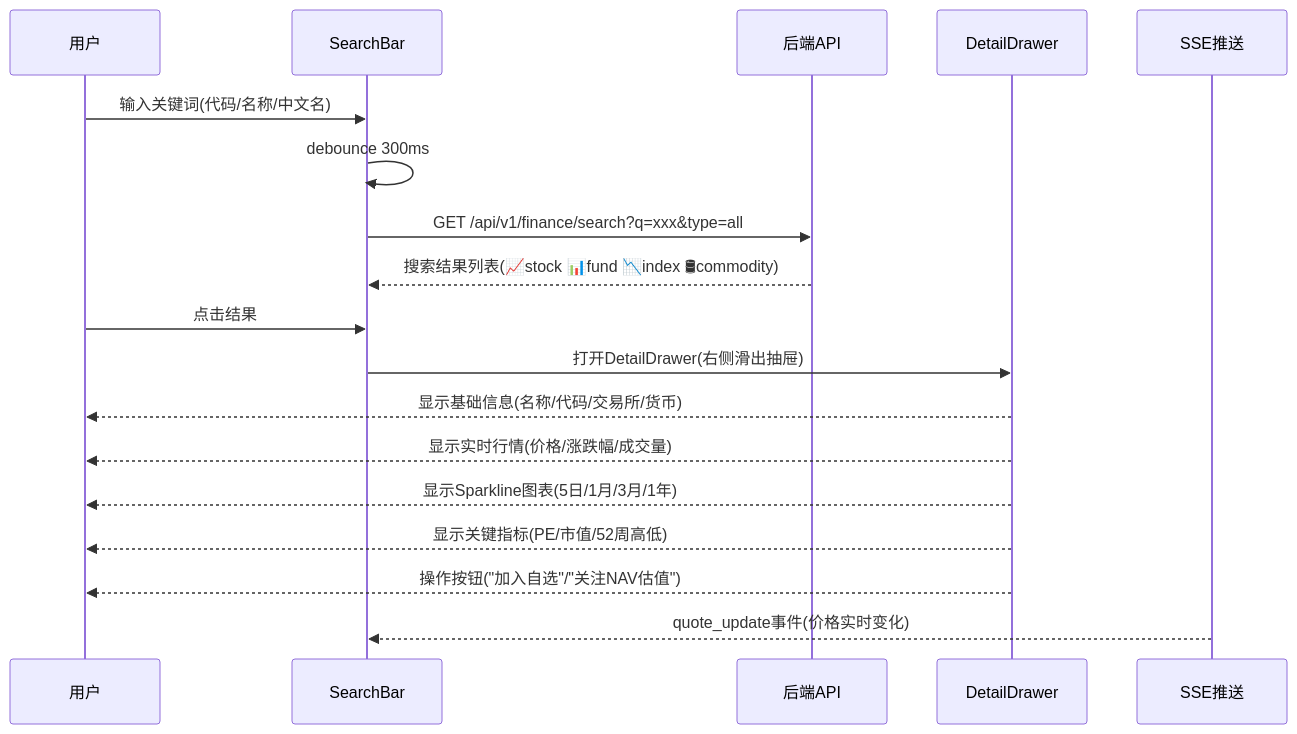
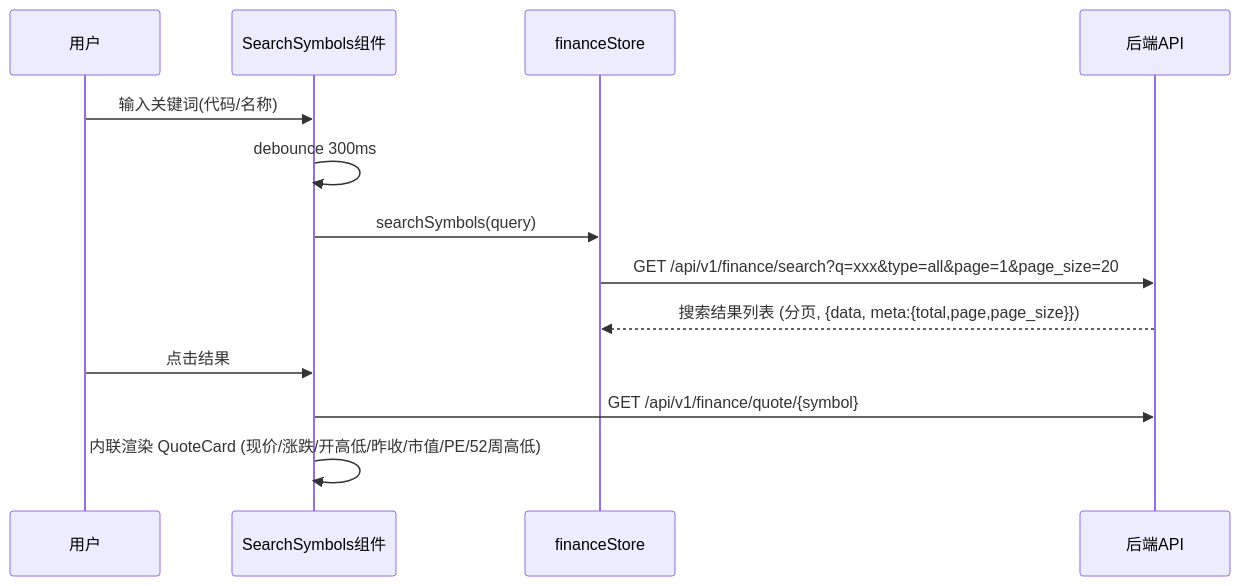
The first of 6 diagrams in docs/design/finance-tab.md (onceme/instantboard), drawn with Mermaid before and after one commit. The commit also changed other lines of this file and 14 other files, not shown here.

````diff
--- a/docs/design/finance-tab.md
+++ b/docs/design/finance-tab.md
@@ -24,21 +24,16 @@
 ```mermaid
 sequenceDiagram
     participant U as 用户
-    participant SB as SearchBar
+    participant SB as SearchSymbols组件
+    participant ST as financeStore
     participant API as 后端API
-    participant DR as DetailDrawer
-    participant SSE as SSE推送
 
-    U->>SB: 输入关键词(代码/名称/中文名)
+    U->>SB: 输入关键词(代码/名称)
     SB->>SB: debounce 300ms
-    SB->>API: GET /api/v1/finance/search?q=xxx&type=all
-    API-->>SB: 搜索结果列表(📈stock 📊fund 📉index 🛢commodity)
+    SB->>ST: searchSymbols(query)
+    ST->>API: GET /api/v1/finance/search?q=xxx&type=all&page=1&page_size=20
+    API-->>ST: 搜索结果列表 (分页, {data, meta:{total,page,page_size}})
     U->>SB: 点击结果
-    SB->>DR: 打开DetailDrawer(右侧滑出抽屉)
-    DR-->>U: 显示基础信息(名称/代码/交易所/货币)
-    DR-->>U: 显示实时行情(价格/涨跌幅/成交量)
-    DR-->>U: 显示Sparkline图表(5日/1月/3月/1年)
-    DR-->>U: 显示关键指标(PE/市值/52周高低)
-    DR-->>U: 操作按钮("加入自选"/"关注NAV估值")
-    SSE-->>SB: quote_update事件(价格实时变化)
+    SB->>API: GET /api/v1/finance/quote/{symbol}
+    SB->>SB: 内联渲染 QuoteCard (现价/涨跌/开高低/昨收/市值/PE/52周高低)
 ```
````
